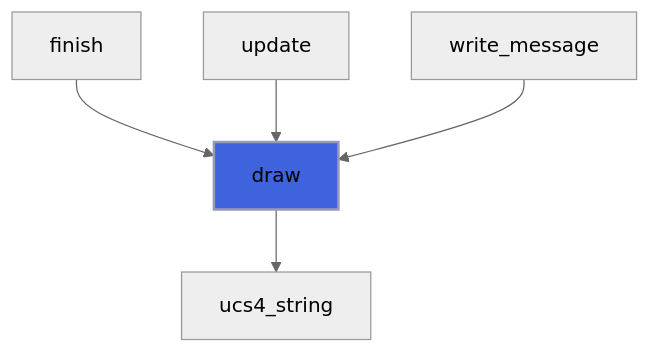
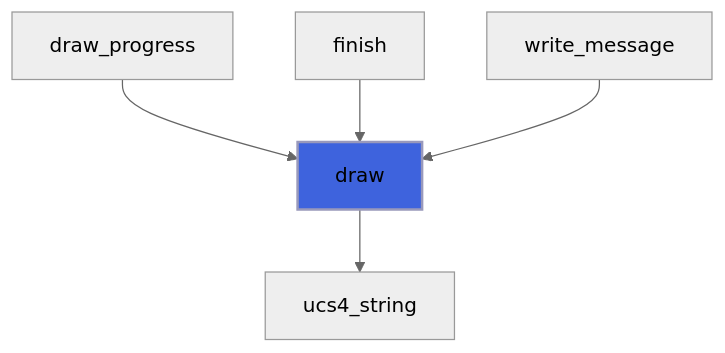
Diagram 18 of 35 in docs/api/src/lib/forbear_bar_object.md (szaghi/forbear), drawn with Mermaid (neutral theme) before and after one commit. The commit also changed other lines of this file and 26 other files, not shown here.

````diff
--- a/docs/api/src/lib/forbear_bar_object.md
+++ b/docs/api/src/lib/forbear_bar_object.md
@@ -638,8 +702,8 @@
 ```mermaid
 flowchart TD
+  draw_progress["draw_progress"] --> draw["draw"]
   finish["finish"] --> draw["draw"]
-  update["update"] --> draw["draw"]
   write_message["write_message"] --> draw["draw"]
   draw["draw"] --> ucs4_string["ucs4_string"]
   style draw fill:#3e63dd,stroke:#99b,stroke-width:2px
 ```
````
